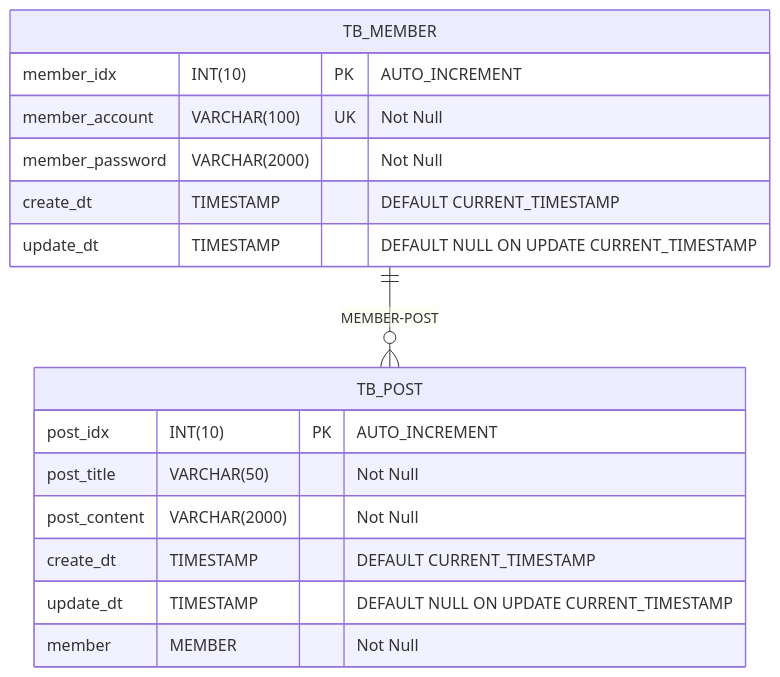
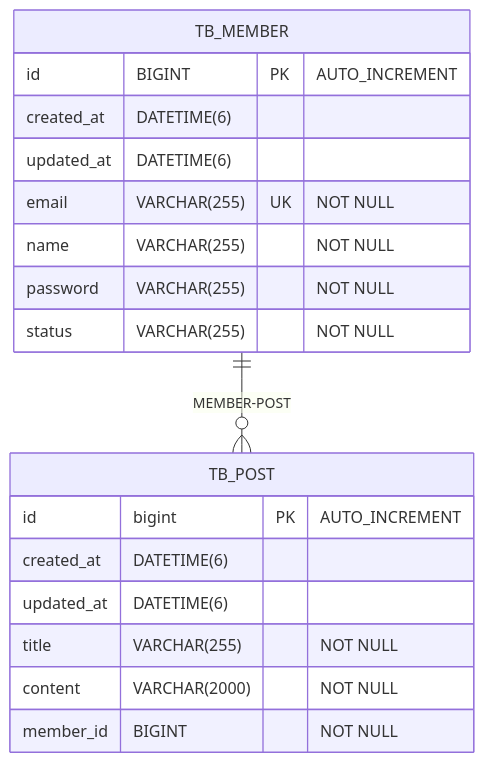
One commit to lkdcode/https-github.com-lkdcode-wanted-pre-onboarding-backend changed the diagram in README.md. Above: the diagram before and after it, drawn with Mermaid. The commit also changed other lines of this file, not shown here.

````diff
--- a/README.md
+++ b/README.md
@@ -13,22 +24,23 @@
 ```mermaid
 erDiagram
     TB_MEMBER ||--o{ TB_POST: MEMBER-POST
 
     TB_MEMBER {
-        member_idx INT(10) PK "AUTO_INCREMENT"
-        member_account VARCHAR(100) UK "Not Null"
-        member_password VARCHAR(2000) "Not Null"
-        create_dt TIMESTAMP "DEFAULT CURRENT_TIMESTAMP"
-        update_dt TIMESTAMP "DEFAULT NULL ON UPDATE CURRENT_TIMESTAMP"
+        id BIGINT PK "AUTO_INCREMENT"
+        created_at DATETIME(6)
+        updated_at DATETIME(6)
+        email VARCHAR(255) UK "NOT NULL"
+        name VARCHAR(255) "NOT NULL"
+        password VARCHAR(255) "NOT NULL"
+        status VARCHAR(255) "NOT NULL"
     }
 
     TB_POST {
-        post_idx INT(10) PK "AUTO_INCREMENT"
-        post_title VARCHAR(50) "Not Null"
-        post_content VARCHAR(2000) "Not Null"
-        create_dt TIMESTAMP "DEFAULT CURRENT_TIMESTAMP"
-        update_dt TIMESTAMP "DEFAULT NULL ON UPDATE CURRENT_TIMESTAMP"
-        member MEMBER "Not Null"
+        id bigint PK "AUTO_INCREMENT"
+        created_at DATETIME(6)
+        updated_at DATETIME(6)
+        title VARCHAR(255) "NOT NULL"
+        content VARCHAR(2000) "NOT NULL"
+        member_id BIGINT "NOT NULL"
     }
-
 ```
````
